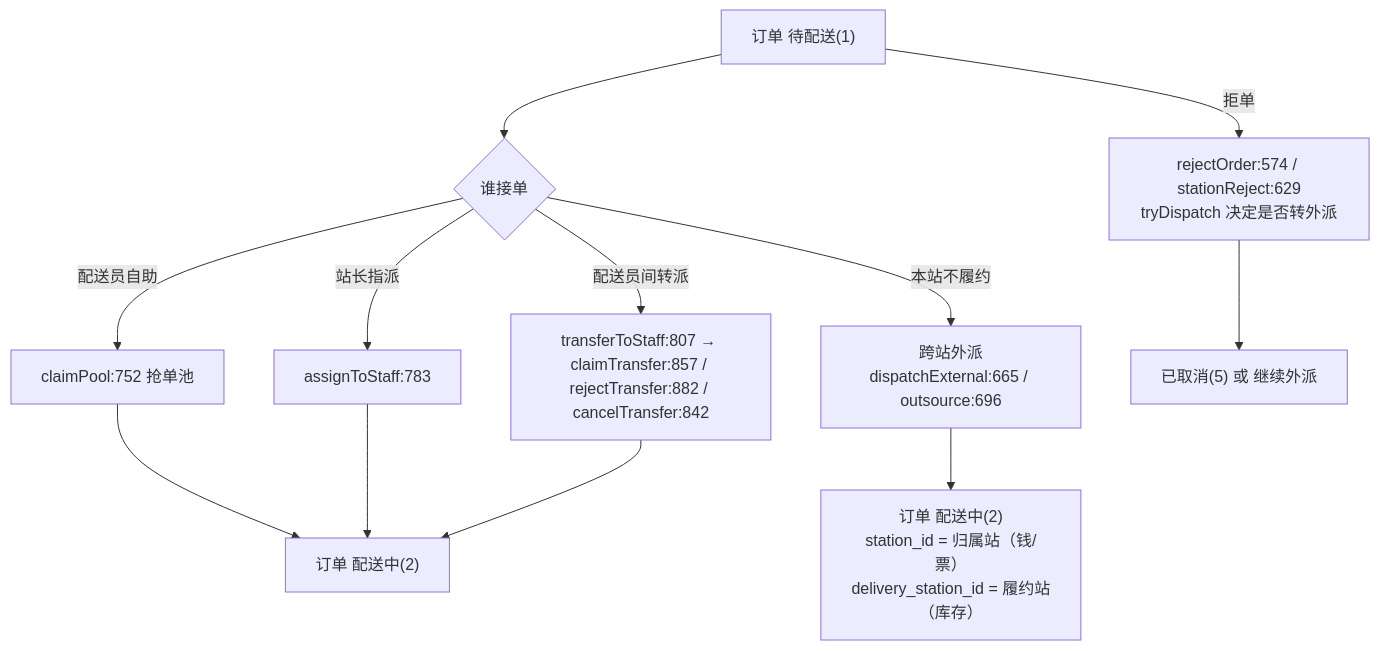
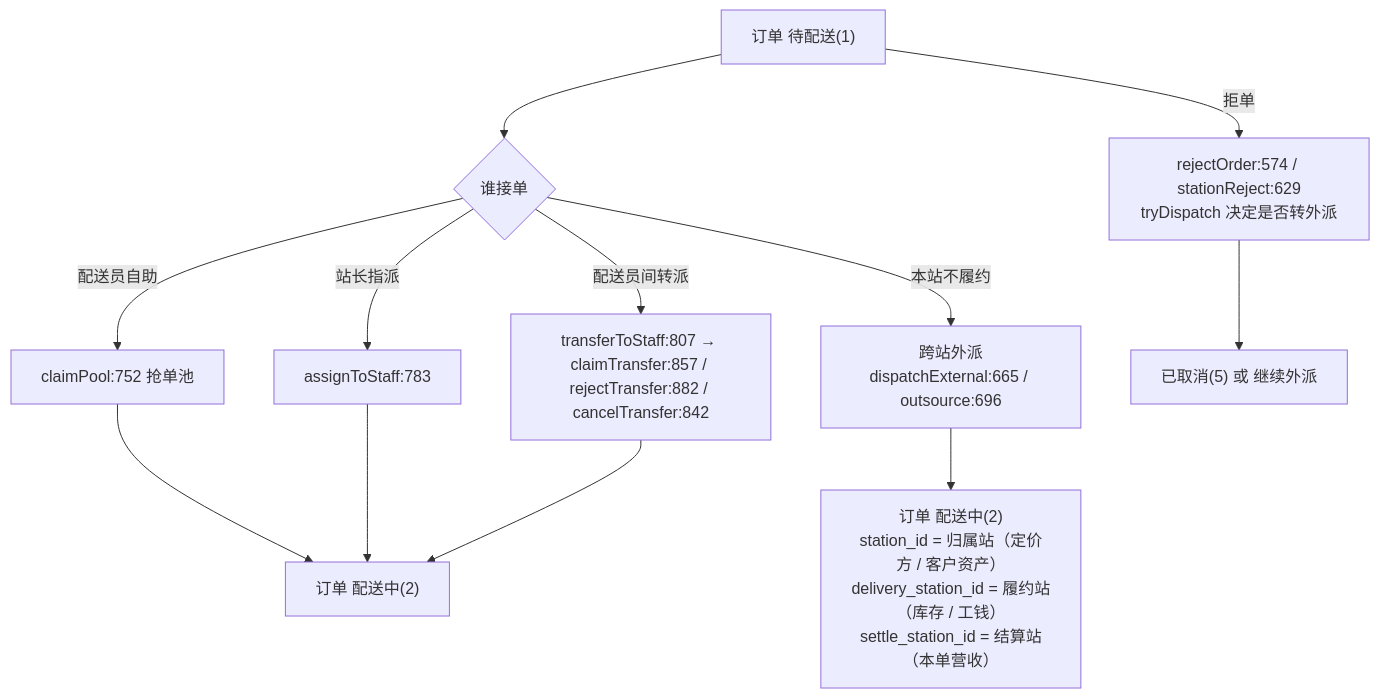
Before and after one commit to rumiasu/AquaFlow: the sixth of 11 diagrams in docs/design/15-业务流程地图.md, drawn with Mermaid. The commit also changed other lines of this file and 267 other files, not shown here.

````diff
--- a/docs/design/15-业务流程地图.md
+++ b/docs/design/15-业务流程地图.md
@@ -206,14 +206,14 @@
 ```mermaid
 flowchart TD
   O["订单 待配送(1)"] --> M{"谁接单"}
   M -->|"配送员自助"| M1["claimPool:752 抢单池"]
   M -->|"站长指派"| M2["assignToStaff:783"]
   M -->|"配送员间转派"| M3["transferToStaff:807 → claimTransfer:857 / rejectTransfer:882 / cancelTransfer:842"]
   M -->|"本站不履约"| M4["跨站外派<br/>dispatchExternal:665 / outsource:696"]
   M1 --> G["订单 配送中(2)"]
   M2 --> G
   M3 --> G
-  M4 --> G2["订单 配送中(2)<br/>station_id = 归属站（钱/票）<br/>delivery_station_id = 履约站（库存）"]
+  M4 --> G2["订单 配送中(2)<br/>station_id = 归属站（定价方 / 客户资产）<br/>delivery_station_id = 履约站（库存 / 工钱）<br/>settle_station_id = 结算站（本单营收）"]
   O -->|"拒单"| J["rejectOrder:574 / stationReject:629<br/>tryDispatch 决定是否转外派"]
   J --> X["已取消(5) 或 继续外派"]
 ```
````
